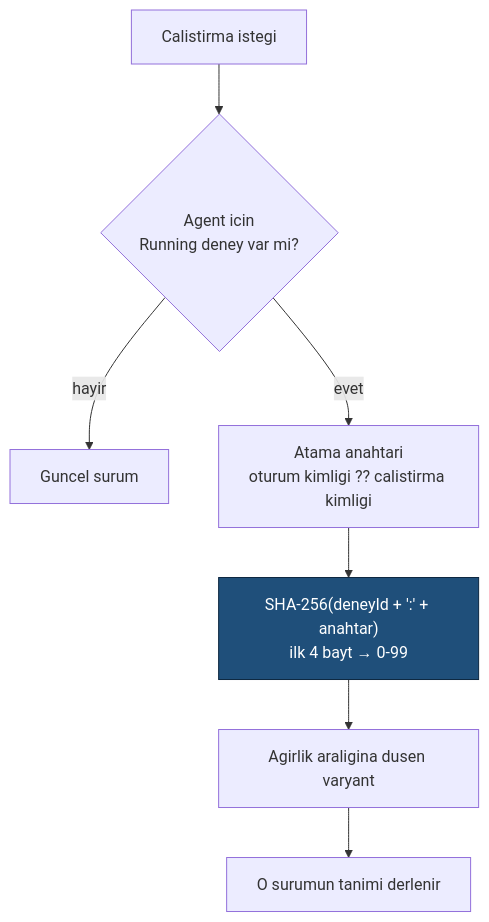
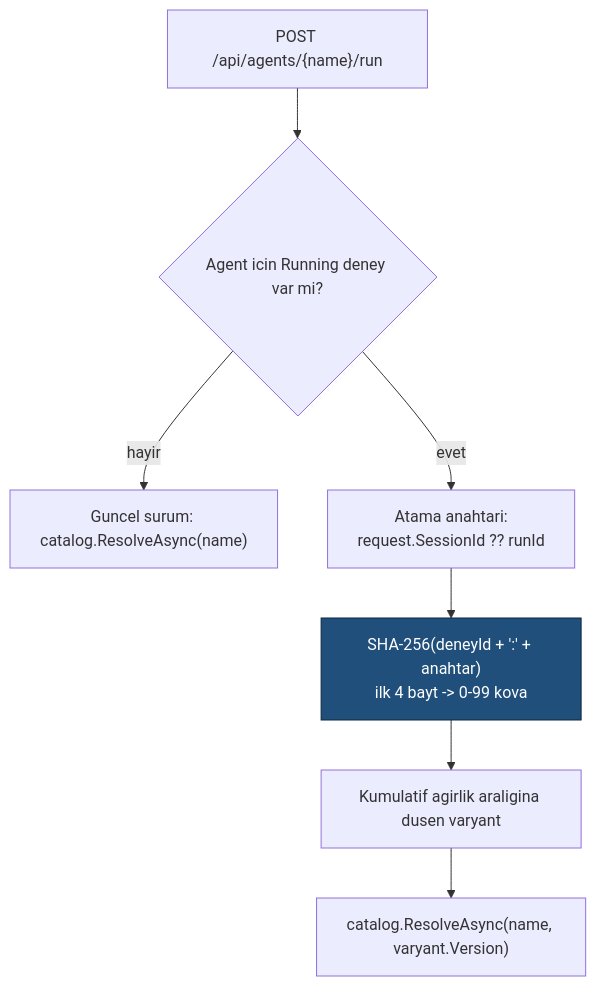
Before and after one commit to farukatasoy/Tracon: the diagram in docs/19-SURUM-KARSILASTIRMA-VE-AB.md, drawn with Mermaid. The commit also changed other lines of this file and 86 other files, not shown here.

````diff
--- a/docs/19-SURUM-KARSILASTIRMA-VE-AB.md
+++ b/docs/19-SURUM-KARSILASTIRMA-VE-AB.md
@@ -134,11 +156,11 @@
 ```mermaid
 flowchart TD
-    R["Calistirma istegi"] --> E{"Agent icin<br/>Running deney var mi?"}
-    E -->|hayir| C["Guncel surum"]
-    E -->|evet| K["Atama anahtari<br/>oturum kimligi ?? calistirma kimligi"]
-    K --> H["SHA-256(deneyId + ':' + anahtar)<br/>ilk 4 bayt → 0-99"]
-    H --> W["Agirlik araligina dusen varyant"]
-    W --> V["O surumun tanimi derlenir"]
+    R["POST /api/agents/{name}/run"] --> E{"Agent icin Running deney var mi?"}
+    E -->|hayir| C["Guncel surum: catalog.ResolveAsync(name)"]
+    E -->|evet| K["Atama anahtari:<br/>request.SessionId ?? runId"]
+    K --> H["SHA-256(deneyId + ':' + anahtar)<br/>ilk 4 bayt -> 0-99 kova"]
+    H --> W["Kumulatif agirlik araligina dusen varyant"]
+    W --> V["catalog.ResolveAsync(name, varyant.Version)"]
 
     style H fill:#1f4f7a,stroke:#0d2740,color:#ffffff
 ```
````
